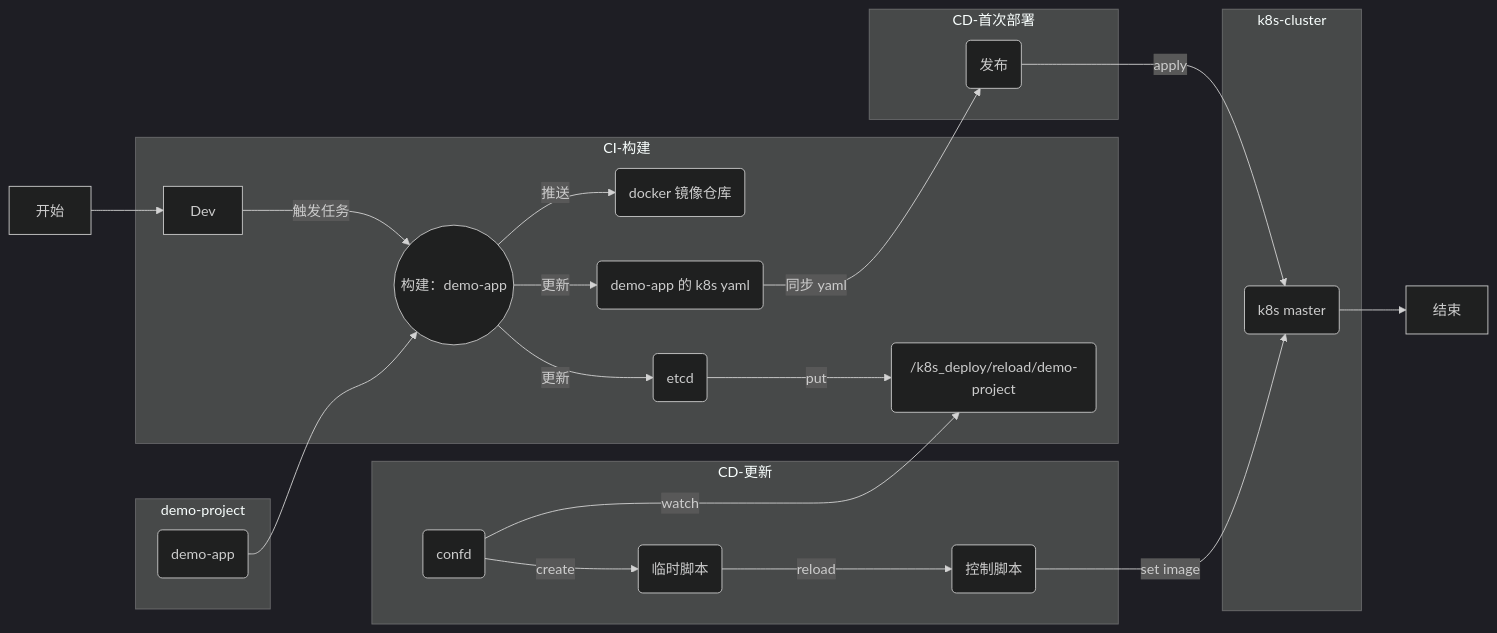
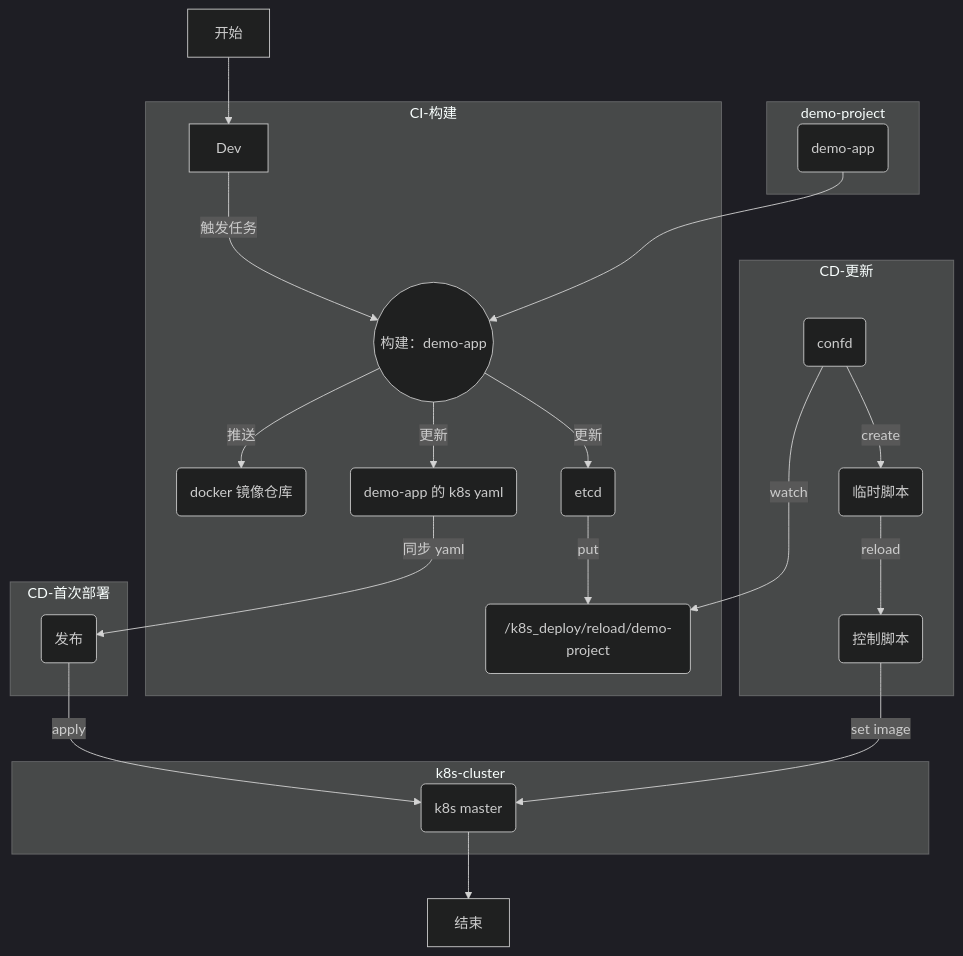
The diagram in doc/CLOUD/k8s/k8s集群部署手册/CICD-如何部署到k8s集群中.md (opera443399/ops), drawn with Mermaid (dark theme) before and after one commit.

Commit message:
chore(k8s): graph changed

````diff
--- a/doc/CLOUD/k8s/k8s集群部署手册/CICD-如何部署到k8s集群中.md
+++ b/doc/CLOUD/k8s/k8s集群部署手册/CICD-如何部署到k8s集群中.md
@@ -20,35 +20,35 @@
 ```mermaid
-graph LR;
+graph TB;
   开始-->Dev;
 
   subgraph CI-构建
     Dev -- 触发任务 --> CI操作(("构建：demo-app"))
 
     CI操作 -- 推送 --> E02("docker 镜像仓库")
     CI操作 -- 更新 --> E03("demo-app 的 k8s yaml")
     CI操作 -- 更新 --> E04("etcd")
     E04 -- put --> E05("/k8s_deploy/reload/demo-project")
   end
 
   subgraph demo-project
     E11("demo-app") --> CI操作
   end
 
   subgraph k8s-cluster
     E21("k8s master")
   end
 
   subgraph CD-首次部署
     E03 -- 同步 yaml --> E31("发布")
     E31("发布") -- apply --> E21
   end
 
   subgraph CD-更新
     E41("confd") -- watch --> E05
     E41 -- create --> E42("临时脚本")
     E42 -- reload --> E43("控制脚本")
     E43 -- set image --> E21
   end
 
   E21 --> 结束
 ```
````
